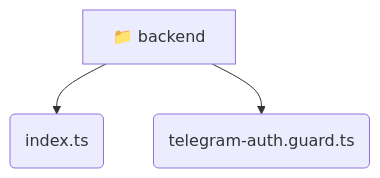
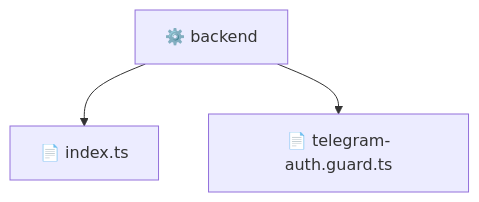
Before and after one commit to beginwebdev2002/fullstack-mavluda: the diagram in frontend/src/backend/README.md, drawn with Mermaid. The commit also changed other lines of this file and 163 other files, not shown here.

````diff
--- a/frontend/src/backend/README.md
+++ b/frontend/src/backend/README.md
@@ -9,6 +9,6 @@
 ```mermaid
 graph TD
-  backend[📁 backend]
-  backend --> backend_index_ts(index.ts)
-  backend --> backend_telegram_auth_guard_ts(telegram-auth.guard.ts)
+  Root["⚙️ backend"]
+  Root --> indexts["📄 index.ts"]
+  Root --> telegramauthguardts["📄 telegram-auth.guard.ts"]
 ```
````
